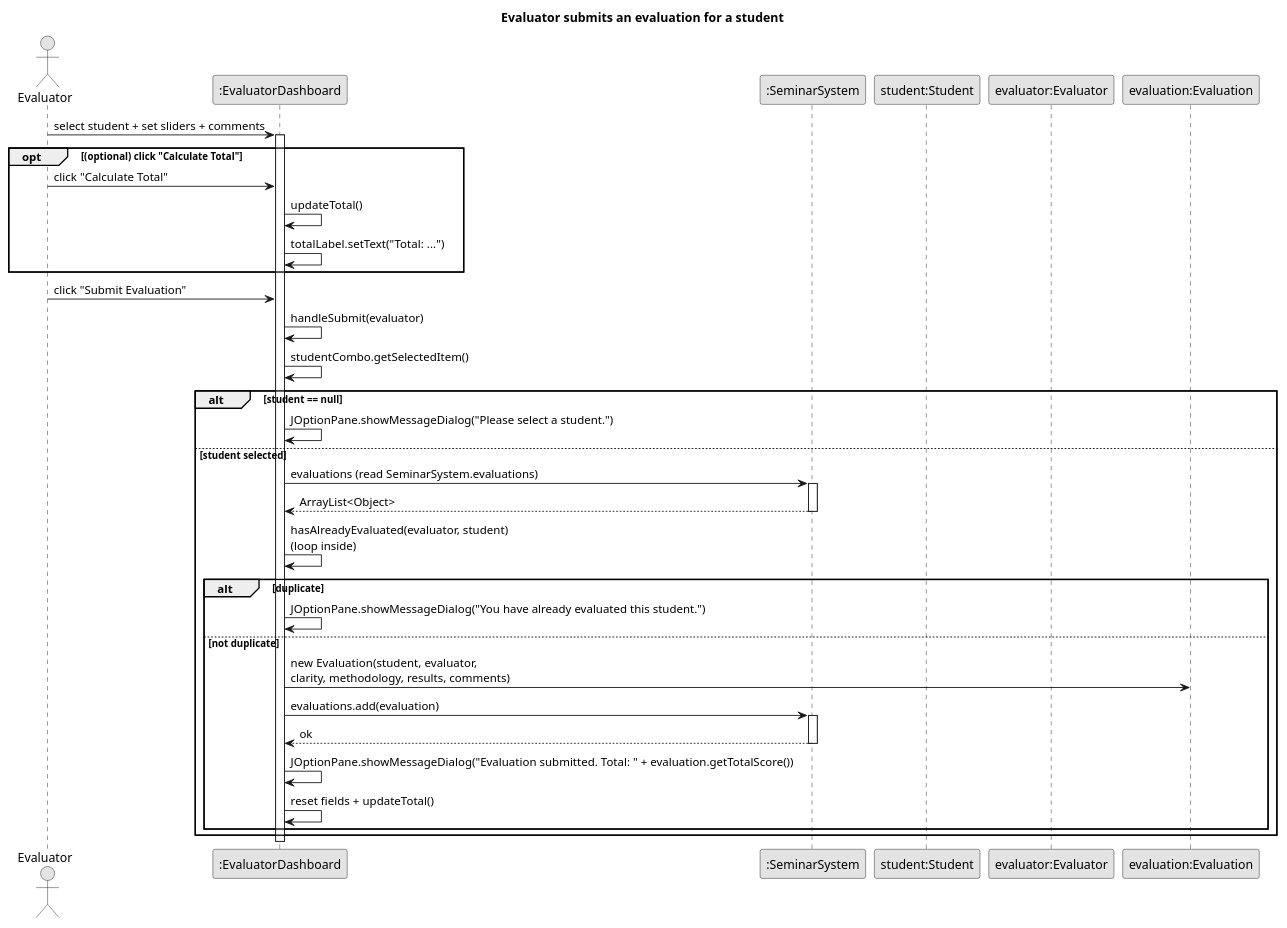
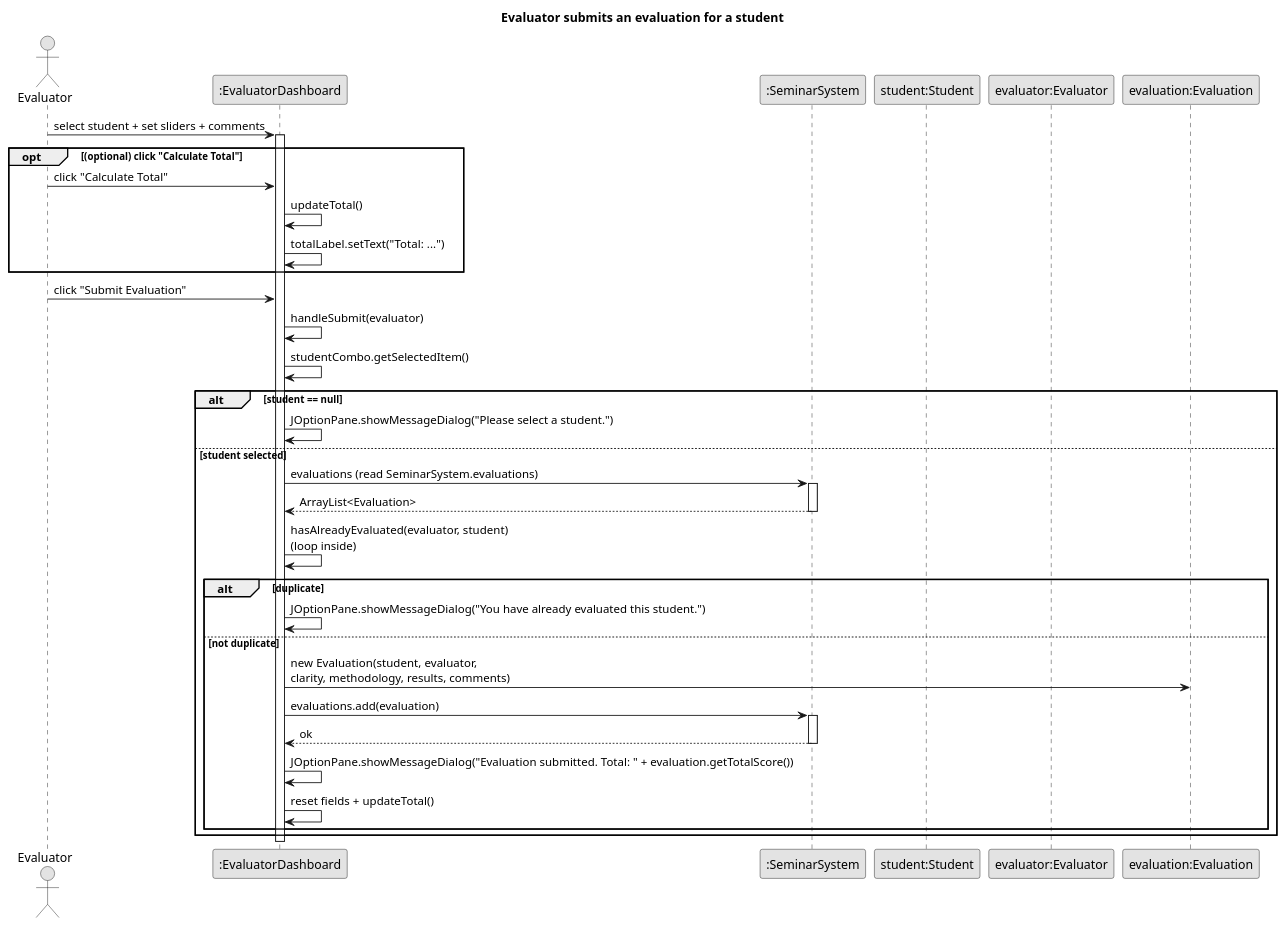
Before and after one commit to flash-rizz/Seminar-system: the diagram in diagrams/sequence/06-evaluator-submit-evaluation.puml, drawn with PlantUML. The commit also changed other lines of this file and 10 other files, not shown here.

Commit message:
Implement Award and Report modules and sync UML

```diff
--- a/diagrams/sequence/06-evaluator-submit-evaluation.puml
+++ b/diagrams/sequence/06-evaluator-submit-evaluation.puml
@@ -1,49 +1,49 @@
 @startuml
 skinparam monochrome true
 skinparam shadowing false
 
 title Evaluator submits an evaluation for a student
 
 actor "Evaluator" as evalActor
 participant ":EvaluatorDashboard" as dash
 participant ":SeminarSystem" as sys
 participant "student:Student" as student
 participant "evaluator:Evaluator" as evaluator
 participant "evaluation:Evaluation" as evaluation
 
 evalActor -> dash : select student + set sliders + comments
 activate dash
 
 opt (optional) click "Calculate Total"
   evalActor -> dash : click "Calculate Total"
   dash -> dash : updateTotal()
   dash -> dash : totalLabel.setText("Total: ...")
 end
 
 evalActor -> dash : click "Submit Evaluation"
 dash -> dash : handleSubmit(evaluator)
 dash -> dash : studentCombo.getSelectedItem()
 alt student == null
   dash -> dash : JOptionPane.showMessageDialog("Please select a student.")
 else student selected
   dash -> sys : evaluations (read SeminarSystem.evaluations)
   activate sys
-  sys --> dash : ArrayList<Object>
+  sys --> dash : ArrayList<Evaluation>
   deactivate sys
   dash -> dash : hasAlreadyEvaluated(evaluator, student)\n(loop inside)
 
   alt duplicate
     dash -> dash : JOptionPane.showMessageDialog("You have already evaluated this student.")
   else not duplicate
     dash -> evaluation : new Evaluation(student, evaluator,\nclarity, methodology, results, comments)
     dash -> sys : evaluations.add(evaluation)
     activate sys
     sys --> dash : ok
     deactivate sys
     dash -> dash : JOptionPane.showMessageDialog("Evaluation submitted. Total: " + evaluation.getTotalScore())
     dash -> dash : reset fields + updateTotal()
   end
 end
 
 deactivate dash
 @enduml
```
